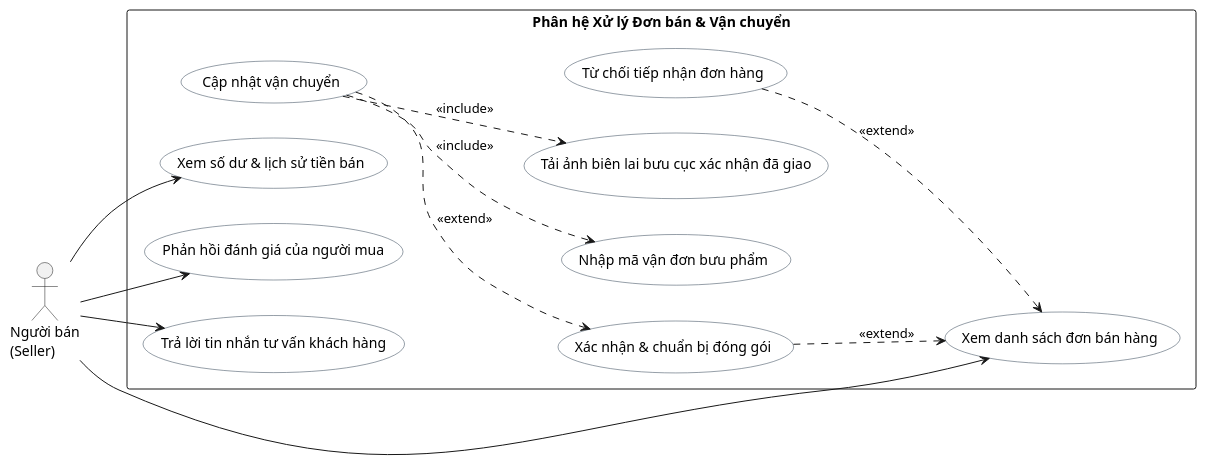
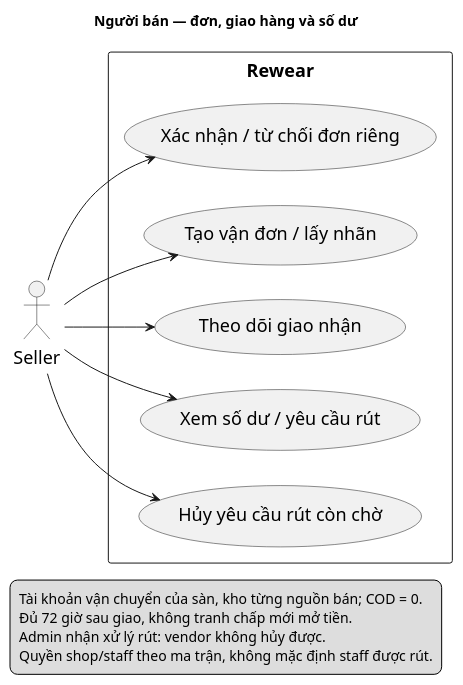
One commit to buihaiduongdev/rewear-be changed the diagram in docs/diagrams/usecases/seller_orders_shipping_usecase.puml. Above: the diagram before and after it, drawn with PlantUML. The commit also changed 34 other files, not shown here.

Commit message:
docs: align business specifications and report diagrams

```diff
--- a/docs/diagrams/usecases/seller_orders_shipping_usecase.puml
+++ b/docs/diagrams/usecases/seller_orders_shipping_usecase.puml
@@ -1,38 +1,27 @@
 @startuml
 left to right direction
 skinparam shadowing false
-skinparam defaultFontName Arial
-
-skinparam usecase {
-  BackgroundColor #FFFFFF
-  BorderColor #2C3E50
+skinparam defaultFontName SansSerif
+skinparam defaultFontSize 18
+skinparam Padding 4
+title Người bán — đơn, giao hàng và số dư
+actor "Seller" as A
+rectangle "Rewear" {
+usecase "Xác nhận / từ chối đơn riêng" as U0
+usecase "Tạo vận đơn / lấy nhãn" as U1
+usecase "Theo dõi giao nhận" as U2
+usecase "Xem số dư / yêu cầu rút" as U3
+usecase "Hủy yêu cầu rút còn chờ" as U4
 }
-
-actor "Người bán\n(Seller)" as NguoiBan
-
-rectangle "Phân hệ Xử lý Đơn bán & Vận chuyển" {
-  usecase "Xem danh sách đơn bán hàng" as XemDonBan
-  usecase "Xác nhận & chuẩn bị đóng gói" as XacNhanDon
-  usecase "Từ chối tiếp nhận đơn hàng" as TuChoiDon
-  
-  usecase "Cập nhật vận chuyển" as CapNhatVanChuyen
-  usecase "Nhập mã vận đơn bưu phẩm" as NhapMaVanDon
-  usecase "Tải ảnh biên lai bưu cục xác nhận đã giao" as TaiBienLai
-  
-  usecase "Xem số dư & lịch sử tiền bán" as XemViTien
-  usecase "Phản hồi đánh giá của người mua" as PhanHoiDanhGia
-  usecase "Trả lời tin nhắn tư vấn khách hàng" as TraLoiChat
-}
-
-NguoiBan --> XemDonBan
-NguoiBan --> XemViTien
-NguoiBan --> PhanHoiDanhGia
-NguoiBan --> TraLoiChat
-
-XacNhanDon ..> XemDonBan : <<extend>>
-TuChoiDon ..> XemDonBan : <<extend>>
-
-CapNhatVanChuyen ..> XacNhanDon : <<extend>>
-CapNhatVanChuyen ..> NhapMaVanDon : <<include>>
-CapNhatVanChuyen ..> TaiBienLai : <<include>>
+A --> U0
+A --> U1
+A --> U2
+A --> U3
+A --> U4
+legend bottom
+Tài khoản vận chuyển của sàn, kho từng nguồn bán; COD = 0.
+Đủ 72 giờ sau giao, không tranh chấp mới mở tiền.
+Admin nhận xử lý rút: vendor không hủy được.
+Quyền shop/staff theo ma trận, không mặc định staff được rút.
+endlegend
 @enduml
```
